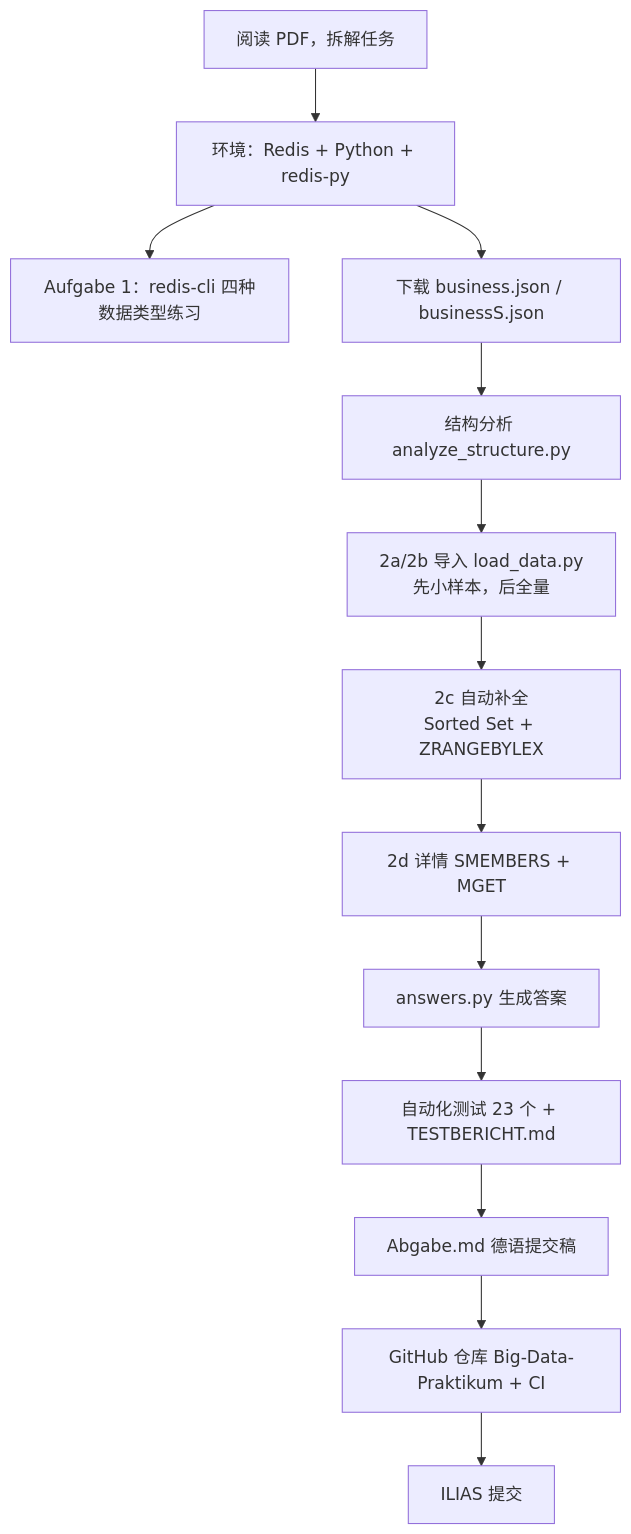
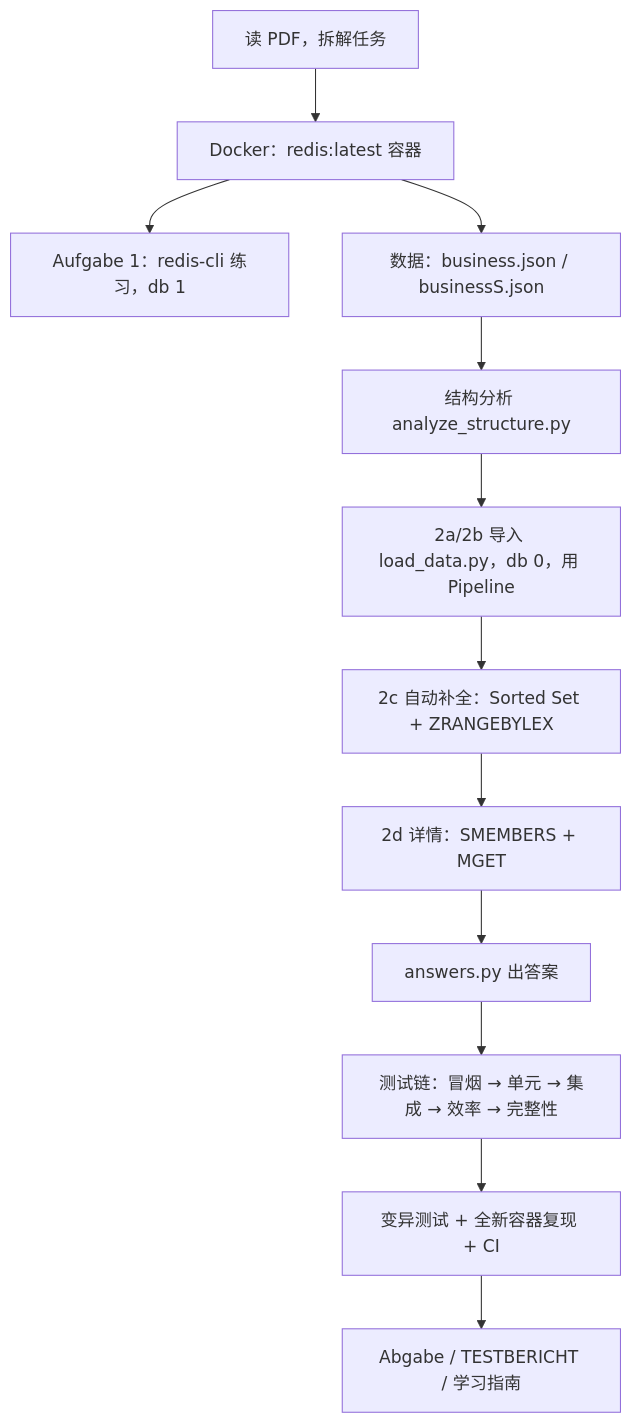
The diagram in Praktikum1/README.md (leonryuu29/Big-Data-Praktikum), drawn with Mermaid before and after one commit. The commit also changed other lines of this file and 4 other files, not shown here.

Commit message:
Praktikum 1: Abgabe, Testbericht, README und Lernleitfaden aktualisiert

````diff
--- a/Praktikum1/README.md
+++ b/Praktikum1/README.md
@@ -25,15 +21,14 @@
 ```mermaid
 flowchart TD
-    A[阅读 PDF，拆解任务] --> B[环境：Redis + Python + redis-py]
-    B --> C[Aufgabe 1：redis-cli 四种数据类型练习]
-    B --> D[下载 business.json / businessS.json]
+    A[读 PDF，拆解任务] --> B[Docker：redis:latest 容器]
+    B --> C[Aufgabe 1：redis-cli 练习，db 1]
+    B --> D[数据：business.json / businessS.json]
     D --> E[结构分析 analyze_structure.py]
-    E --> F[2a/2b 导入 load_data.py<br/>先小样本，后全量]
-    F --> G[2c 自动补全<br/>Sorted Set + ZRANGEBYLEX]
-    G --> H[2d 详情 SMEMBERS + MGET]
-    H --> I[answers.py 生成答案]
-    I --> J[自动化测试 23 个 + TESTBERICHT.md]
-    J --> K[Abgabe.md 德语提交稿]
-    K --> L[GitHub 仓库 Big-Data-Praktikum + CI]
-    L --> M[ILIAS 提交]
+    E --> F[2a/2b 导入 load_data.py，db 0，用 Pipeline]
+    F --> G[2c 自动补全：Sorted Set + ZRANGEBYLEX]
+    G --> H[2d 详情：SMEMBERS + MGET]
+    H --> I[answers.py 出答案]
+    I --> J[测试链：冒烟 → 单元 → 集成 → 效率 → 完整性]
+    J --> K[变异测试 + 全新容器复现 + CI]
+    K --> L[Abgabe / TESTBERICHT / 学习指南]
 ```
````
